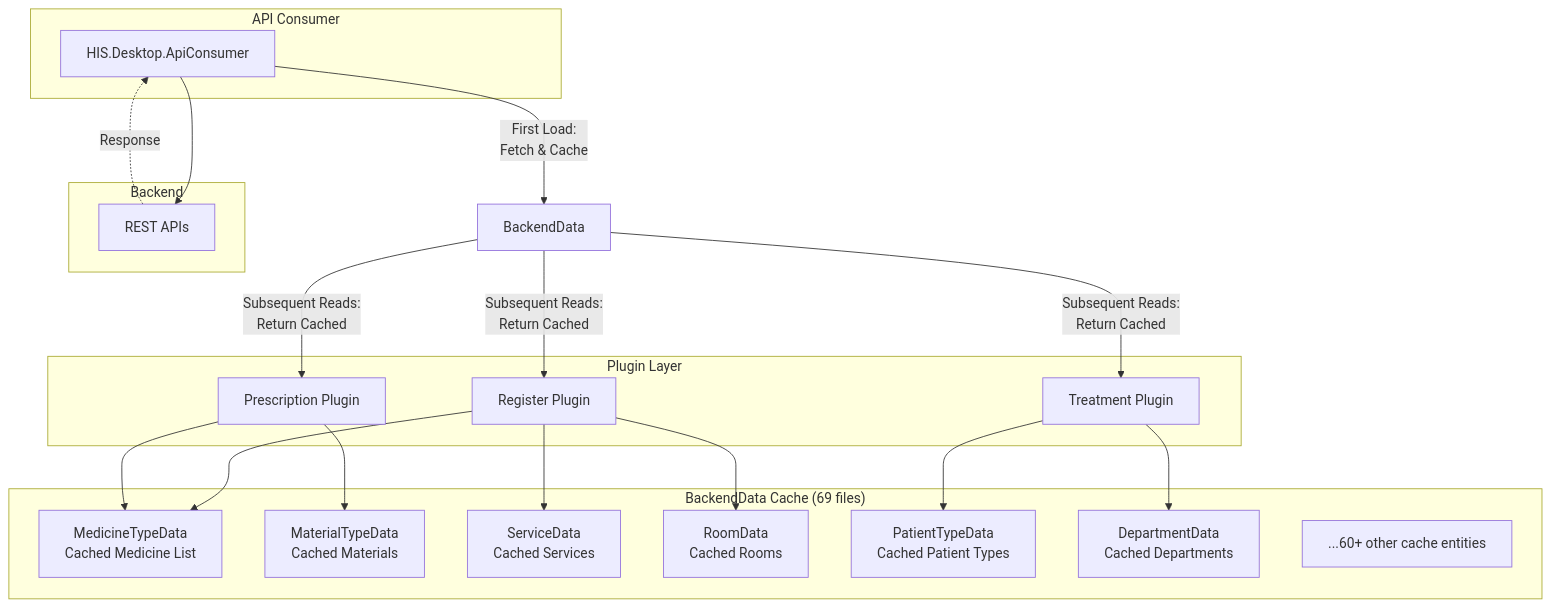
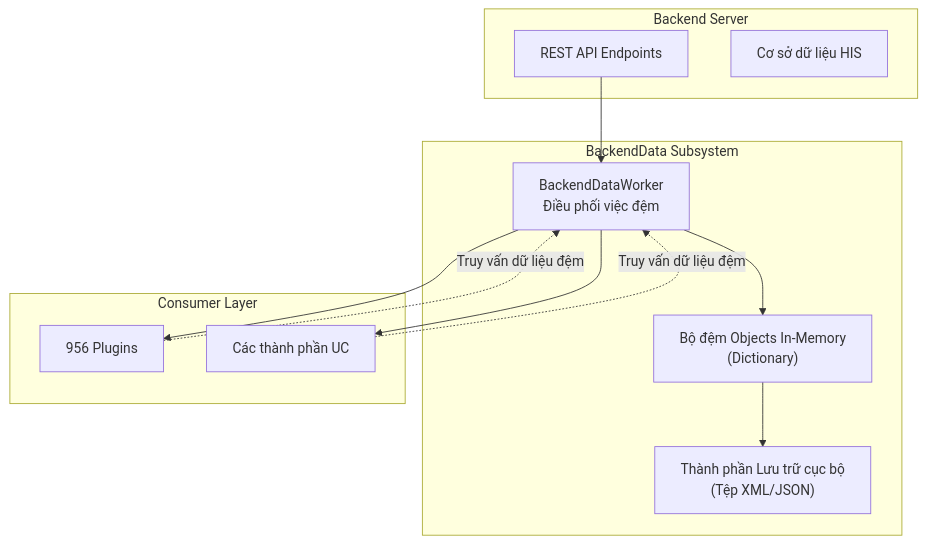
Before and after one commit to thangpnb/HIS: the third of 4 diagrams in docs/his-ba-documentation/02-modules/his-desktop/core.md, drawn with Mermaid. The commit also changed other lines of this file and 30 other files, not shown here.

Commit message:
Refactor architecture docs and update translations

````diff
--- a/docs/his-ba-documentation/02-modules/his-desktop/core.md
+++ b/docs/his-ba-documentation/02-modules/his-desktop/core.md
@@ -826,44 +818,28 @@
 ```mermaid
 graph TB
-    subgraph "Plugin Layer"
-        Plugin1["Register Plugin"]
-        Plugin2["Treatment Plugin"]
-        Plugin3["Prescription Plugin"]
+    subgraph "Backend Server"
+        API["REST API Endpoints"]
+        DB["Cơ sở dữ liệu HIS"]
     end
     
-    subgraph "BackendData Cache (69 files)"
-        MedicineCache["MedicineTypeData<br/>Cached Medicine List"]
-        MaterialCache["MaterialTypeData<br/>Cached Materials"]
-        ServiceCache["ServiceData<br/>Cached Services"]
-        RoomCache["RoomData<br/>Cached Rooms"]
-        PatientTypeCache["PatientTypeData<br/>Cached Patient Types"]
-        DepartmentCache["DepartmentData<br/>Cached Departments"]
-        Other["...60+ other cache entities"]
+    subgraph "BackendData Subsystem"
+        Worker["BackendDataWorker<br/>Điều phối việc đệm"]
+        Cache["Bộ đệm Objects In-Memory<br/>(Dictionary<Type, object>)"]
+        Persist["Thành phần Lưu trữ cục bộ<br/>(Tệp XML/JSON)"]
     end
     
-    subgraph "API Consumer"
-        ApiConsumer["HIS.Desktop.ApiConsumer"]
+    subgraph "Consumer Layer"
+        Plugins["956 Plugins"]
+        UC["Các thành phần UC"]
     end
     
-    subgraph "Backend"
-        RestAPI["REST APIs"]
-    end
+    API --> Worker
+    Worker --> Cache
+    Cache --> Persist
     
-    Plugin1 --> MedicineCache
-    Plugin1 --> ServiceCache
-    Plugin1 --> RoomCache
+    Worker --> Plugins
+    Worker --> UC
     
-    Plugin2 --> PatientTypeCache
-    Plugin2 --> DepartmentCache
-    
-    Plugin3 --> MedicineCache
-    Plugin3 --> MaterialCache
-    
-    ApiConsumer -->|"First Load:<br/>Fetch & Cache"| BackendData
-    ApiConsumer --> RestAPI
-    RestAPI -.->|"Response"| ApiConsumer
-    
-    BackendData -->|"Subsequent Reads:<br/>Return Cached"| Plugin1
-    BackendData -->|"Subsequent Reads:<br/>Return Cached"| Plugin2
-    BackendData -->|"Subsequent Reads:<br/>Return Cached"| Plugin3
+    Plugins -.->|"Truy vấn dữ liệu đệm"| Worker
+    UC -.->|"Truy vấn dữ liệu đệm"| Worker
 ```
````
